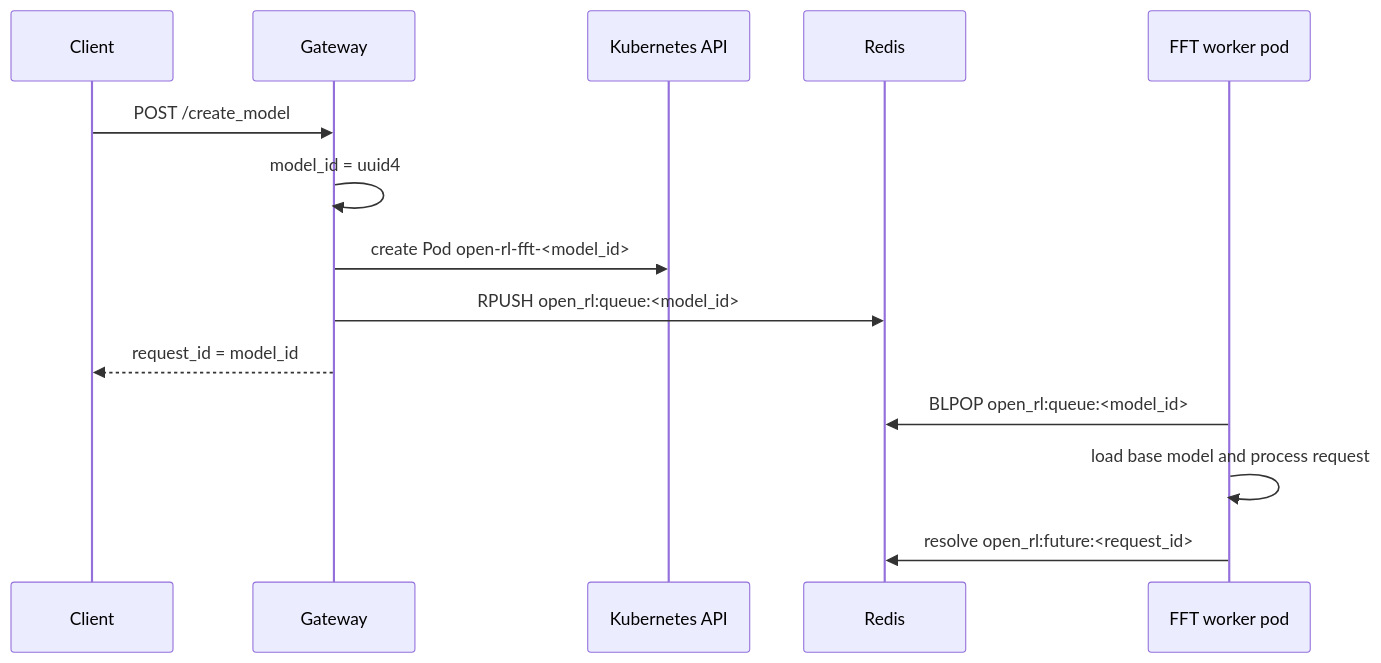
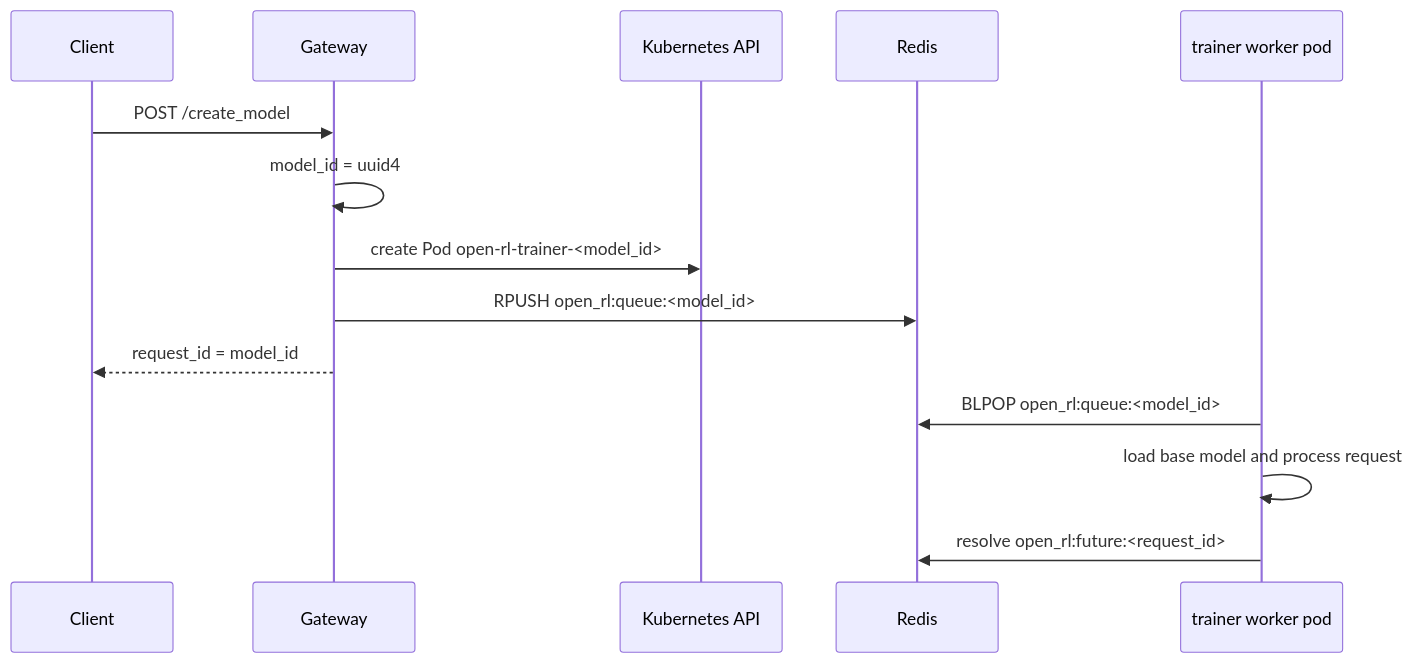
The second of 2 diagrams in docs/setup/gke-fft-timeslice.md (ShubyM/open-rl), drawn with Mermaid before and after one commit. The commit also changed other lines of this file and 12 other files, not shown here.

````diff
--- a/docs/setup/gke-fft-timeslice.md
+++ b/docs/setup/gke-fft-timeslice.md
@@ -149,17 +144,17 @@
 ```mermaid
 sequenceDiagram
     participant C as Client
     participant G as Gateway
     participant K as Kubernetes API
     participant R as Redis
-    participant W as FFT worker pod
+    participant W as trainer worker pod
 
     C->>G: POST /create_model
     G->>G: model_id = uuid4
-    G->>K: create Pod open-rl-fft-<model_id>
+    G->>K: create Pod open-rl-trainer-<model_id>
     G->>R: RPUSH open_rl:queue:<model_id>
     G-->>C: request_id = model_id
     W->>R: BLPOP open_rl:queue:<model_id>
     W->>W: load base model and process request
     W->>R: resolve open_rl:future:<request_id>
 ```
````
